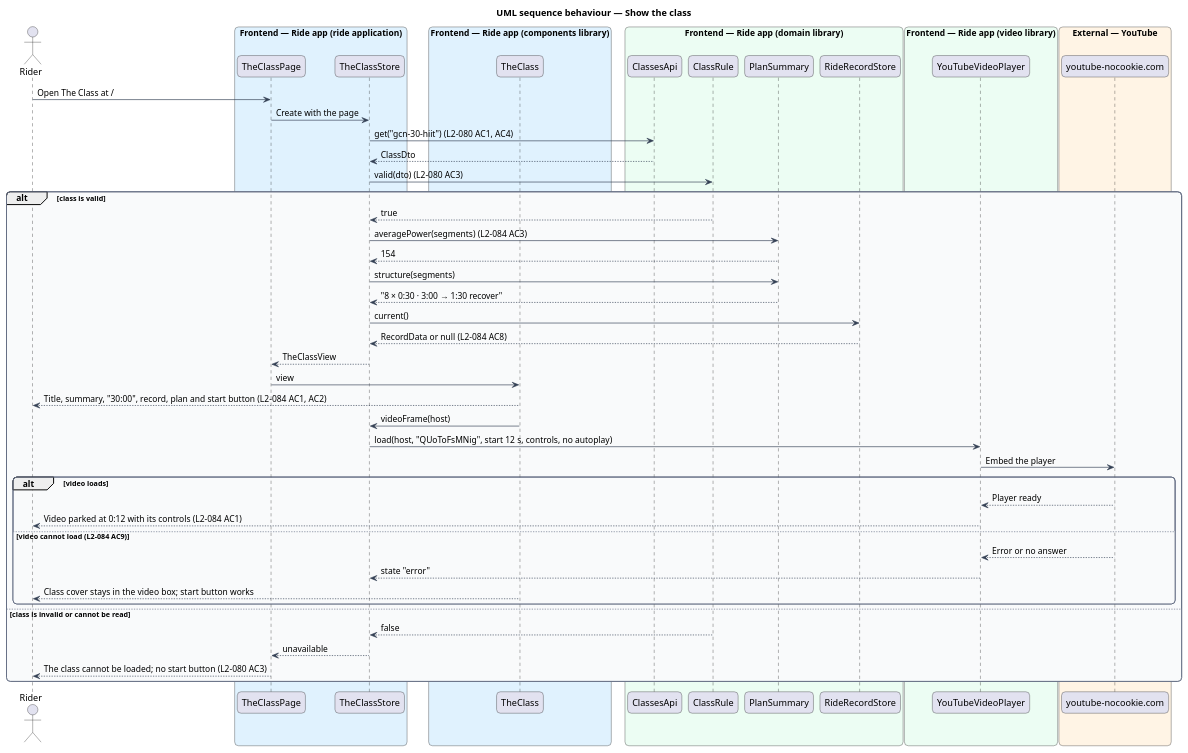
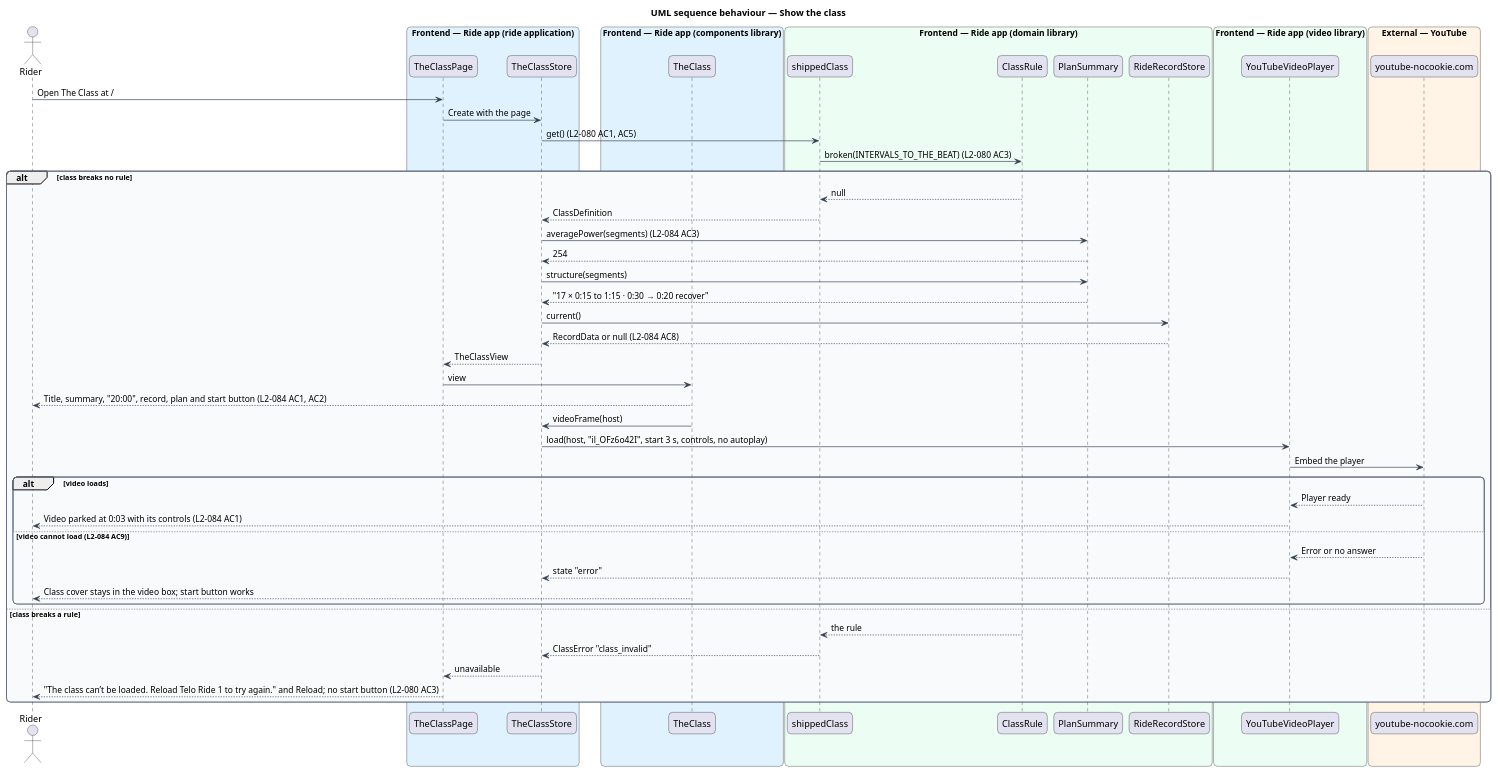
The diagram in docs/detailed-designs/the-class/show-the-class/diagrams/sequence-show-the-class.puml (QuinntyneBrown/ride-one), drawn with PlantUML before and after one commit. The commit also changed 223 other files, not shown here.

```diff
--- a/docs/detailed-designs/the-class/show-the-class/diagrams/sequence-show-the-class.puml
+++ b/docs/detailed-designs/the-class/show-the-class/diagrams/sequence-show-the-class.puml
@@ -1,69 +1,70 @@
 @startuml
 title UML sequence behaviour — Show the class
 skinparam backgroundColor #FFFFFF
 skinparam shadowing false
 skinparam roundcorner 12
 skinparam defaultFontName Arial
 skinparam ArrowColor #344054
 skinparam rectangle {
   BorderColor #344054
   FontColor #101828
 }
 skinparam package {
   BorderColor #667085
   FontColor #101828
   BackgroundColor #F9FAFB
 }
 actor "Rider" as rider
 box "Frontend — Ride app (ride application)" #E0F2FE
   participant "TheClassPage" as page
   participant "TheClassStore" as store
 end box
 box "Frontend — Ride app (components library)" #E0F2FE
   participant "TheClass" as block
 end box
 box "Frontend — Ride app (domain library)" #ECFDF3
-  participant "ClassesApi" as classes
+  participant "shippedClass" as classes
   participant "ClassRule" as rule
   participant "PlanSummary" as summary
   participant "RideRecordStore" as record
 end box
 box "Frontend — Ride app (video library)" #ECFDF3
   participant "YouTubeVideoPlayer" as player
 end box
 box "External — YouTube" #FFF4E5
   participant "youtube-nocookie.com" as youtube
 end box
 rider -> page : Open The Class at /
 page -> store : Create with the page
-store -> classes : get("gcn-30-hiit") (L2-080 AC1, AC4)
-classes --> store : ClassDto
-store -> rule : valid(dto) (L2-080 AC3)
-alt class is valid
-  rule --> store : true
+store -> classes : get() (L2-080 AC1, AC5)
+classes -> rule : broken(INTERVALS_TO_THE_BEAT) (L2-080 AC3)
+alt class breaks no rule
+  rule --> classes : null
+  classes --> store : ClassDefinition
   store -> summary : averagePower(segments) (L2-084 AC3)
-  summary --> store : 154
+  summary --> store : 254
   store -> summary : structure(segments)
-  summary --> store : "8 × 0:30 · 3:00 → 1:30 recover"
+  summary --> store : "17 × 0:15 to 1:15 · 0:30 → 0:20 recover"
   store -> record : current()
   record --> store : RecordData or null (L2-084 AC8)
   store --> page : TheClassView
   page -> block : view
-  block --> rider : Title, summary, "30:00", record, plan and start button (L2-084 AC1, AC2)
+  block --> rider : Title, summary, "20:00", record, plan and start button (L2-084 AC1, AC2)
   block -> store : videoFrame(host)
-  store -> player : load(host, "QUoToFsMNig", start 12 s, controls, no autoplay)
+  store -> player : load(host, "il_OFz6o42I", start 3 s, controls, no autoplay)
   player -> youtube : Embed the player
   alt video loads
     youtube --> player : Player ready
-    player --> rider : Video parked at 0:12 with its controls (L2-084 AC1)
+    player --> rider : Video parked at 0:03 with its controls (L2-084 AC1)
   else video cannot load (L2-084 AC9)
     youtube --> player : Error or no answer
     player --> store : state "error"
     block --> rider : Class cover stays in the video box; start button works
   end
-else class is invalid or cannot be read
-  rule --> store : false
+else class breaks a rule
+  rule --> classes : the rule
+  classes --> store : ClassError "class_invalid"
   store --> page : unavailable
-  page --> rider : The class cannot be loaded; no start button (L2-080 AC3)
+  page --> rider : "The class can’t be loaded. Reload Telo Ride 1 to try again." and Reload; no start button (L2-080 AC3)
 end
 @enduml
```
